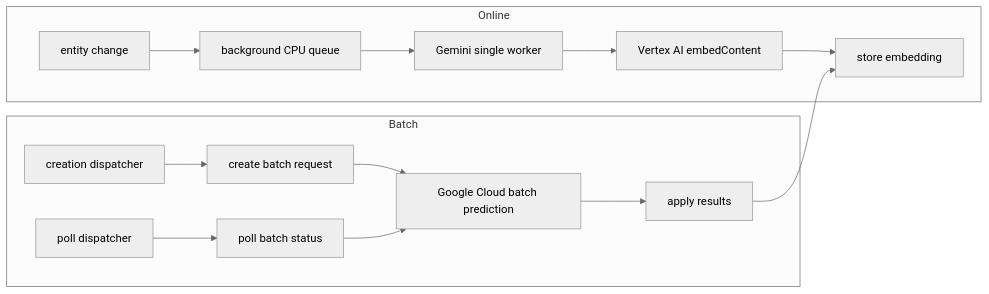
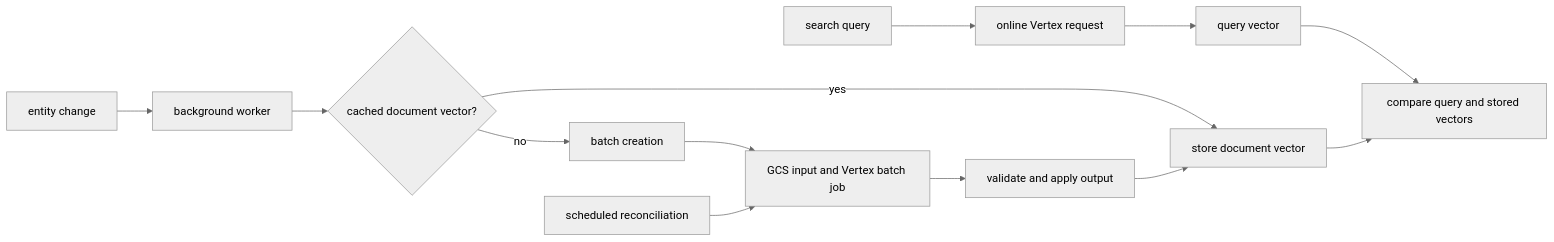
One commit to vouchington/vouchington changed the diagram in docs/overview/architecture/gemini-embeddings.md. Above: the diagram before and after it, drawn with Mermaid (neutral theme). The commit also changed other lines of this file and 1 other file, not shown here.

First line of the commit message:
docs(embeddings): describe query and batch execution paths

````diff
--- a/docs/overview/architecture/gemini-embeddings.md
+++ b/docs/overview/architecture/gemini-embeddings.md
@@ -10,17 +10,15 @@
 ```mermaid
 flowchart LR
-  subgraph online [Online]
-    E[entity change] --> Q[background CPU queue]
-    Q --> W[Gemini single worker]
-    W --> V[Vertex AI embedContent]
-    V --> U[store embedding]
-  end
-  subgraph batch [Batch]
-    D[creation dispatcher] --> C[create batch request]
-    C --> G[Google Cloud batch prediction]
-    P[poll dispatcher] --> R[poll batch status]
-    R --> G
-    G --> A[apply results]
-    A --> U
-  end
+  S[search query] --> O[online Vertex request]
+  O --> Q[query vector]
+  E[entity change] --> W[background worker]
+  W --> C{cached document vector?}
+  C -->|yes| U[store document vector]
+  C -->|no| B[batch creation]
+  B --> G[GCS input and Vertex batch job]
+  P[scheduled reconciliation] --> G
+  G --> R[validate and apply output]
+  R --> U
+  Q --> M[compare query and stored vectors]
+  U --> M
 ```
````
